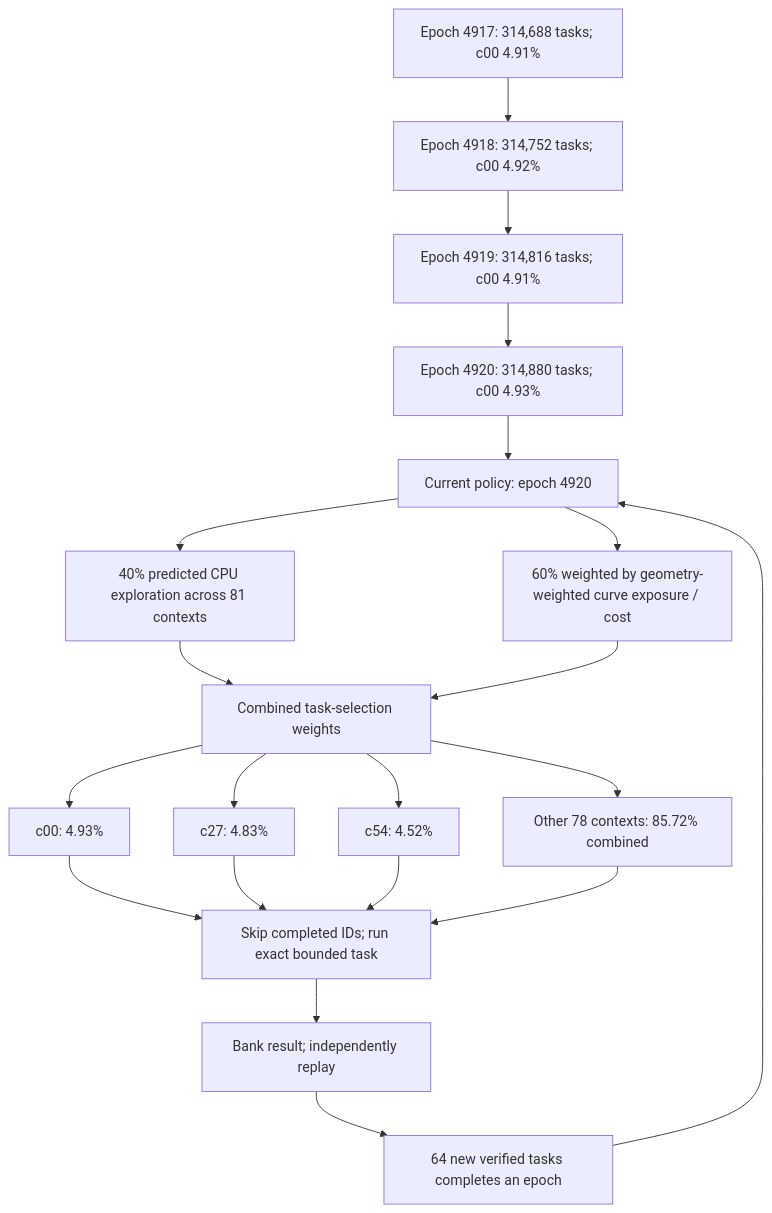
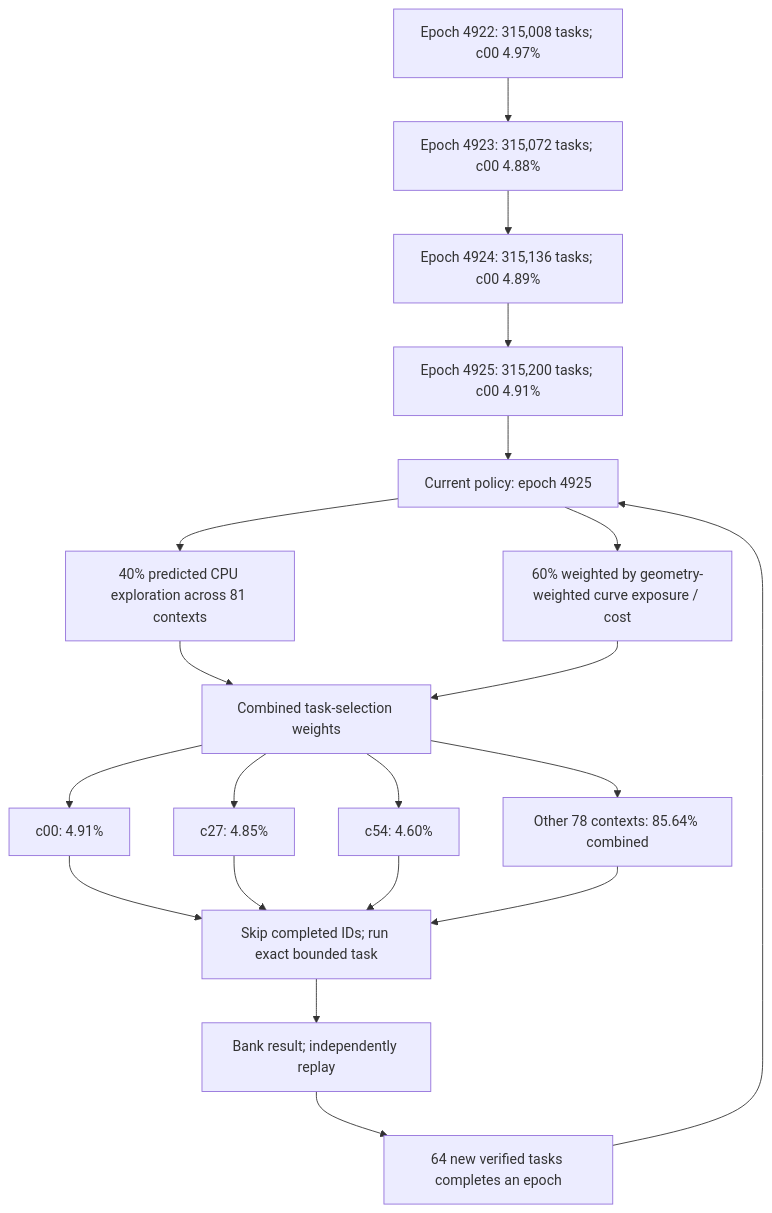
One commit to Kuberwastaken/math-gambling changed the first of 3 diagrams in README.md. Above: the diagram before and after it, drawn with Mermaid. The commit also changed other lines of this file and 1303 other files, not shown here.

````diff
--- a/README.md
+++ b/README.md
@@ -60,27 +60,27 @@
 ```mermaid
 flowchart TD
-    H0["Epoch 4917: 314,688 tasks; c00 4.91%"]
-    H1["Epoch 4918: 314,752 tasks; c00 4.92%"]
+    H0["Epoch 4922: 315,008 tasks; c00 4.97%"]
+    H1["Epoch 4923: 315,072 tasks; c00 4.88%"]
     H0 --> H1
-    H2["Epoch 4919: 314,816 tasks; c00 4.91%"]
+    H2["Epoch 4924: 315,136 tasks; c00 4.89%"]
     H1 --> H2
-    H3["Epoch 4920: 314,880 tasks; c00 4.93%"]
+    H3["Epoch 4925: 315,200 tasks; c00 4.91%"]
     H2 --> H3
-    Policy["Current policy: epoch 4920"]
+    Policy["Current policy: epoch 4925"]
     H3 --> Policy
     Policy --> Explore["40% predicted CPU exploration across 81 contexts"]
     Policy --> Cost["60% weighted by geometry-weighted curve exposure / cost"]
     Explore --> Mix["Combined task-selection weights"]
     Cost --> Mix
-    Mix --> C0["c00: 4.93%"]
-    Mix --> C1["c27: 4.83%"]
-    Mix --> C2["c54: 4.52%"]
-    Mix --> Rest["Other 78 contexts: 85.72% combined"]
+    Mix --> C0["c00: 4.91%"]
+    Mix --> C1["c27: 4.85%"]
+    Mix --> C2["c54: 4.60%"]
+    Mix --> Rest["Other 78 contexts: 85.64% combined"]
     C0 --> Check["Skip completed IDs; run exact bounded task"]
     C1 --> Check
     C2 --> Check
     Rest --> Check
     Check --> Replay["Bank result; independently replay"]
     Replay --> Gate["64 new verified tasks completes an epoch"]
     Gate --> Policy
 ```
````
